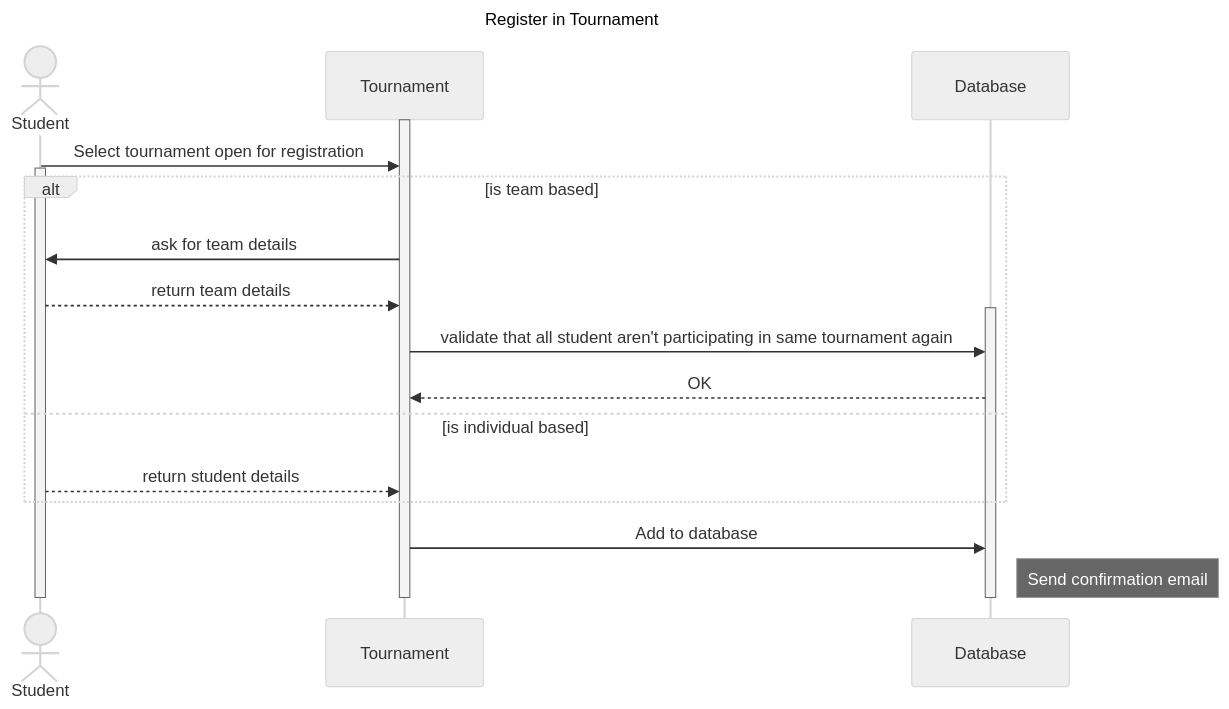
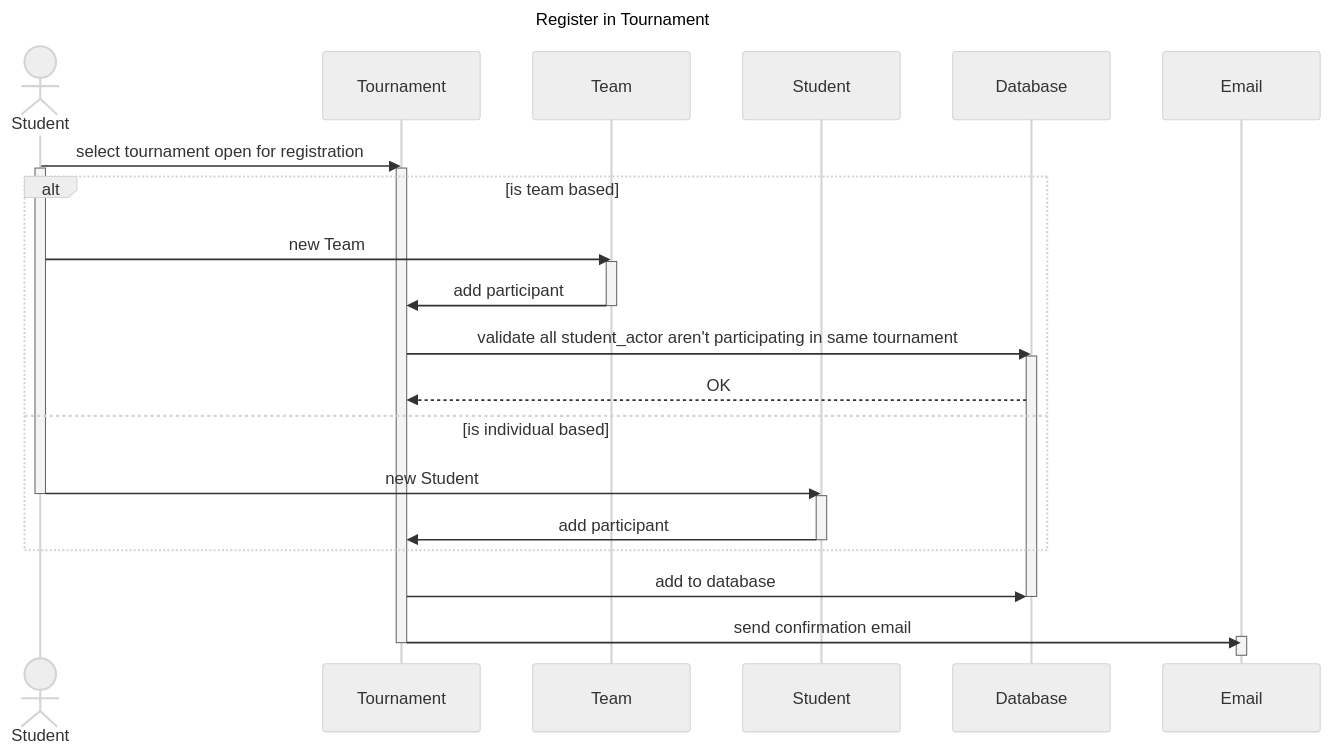
The diagram in docs/phase_2/sequence_diagrams/register_in_tournament.mmd (hassain-saeed28/tournaments-arranger), drawn with Mermaid (neutral theme) before and after one commit.

Commit message:
docs(phase_2): add `Email` class to register in tournament (#17)
* add `Student` class
* add `Team` class
* add `Email` class

```diff
--- a/docs/phase_2/sequence_diagrams/register_in_tournament.mmd
+++ b/docs/phase_2/sequence_diagrams/register_in_tournament.mmd
@@ -1,28 +1,40 @@
 ---
 title: Register in Tournament
 ---
 sequenceDiagram
-    actor student as Student
+    actor student_actor as Student
 
     participant tournament as Tournament
+    participant team as Team
+    participant student_class as Student
     participant database as Database
+    participant email as Email
 
+    student_actor ->> tournament: select tournament open for registration
     activate tournament
-    student ->> tournament: Select tournament open for registration
-    activate student
+    activate student_actor
     alt is team based
-        tournament ->> student: ask for team details
-        student -->>  tournament: return team details
+        student_actor ->> team: new Team
+        activate team
+        team ->> tournament: add participant
+        deactivate team
 
+        tournament ->> database: validate all student_actor aren't participating in same tournament
         activate database
-        tournament ->> database: validate that all student aren't participating in same tournament again
-        database -->>  tournament: OK
+        database -->> tournament: OK
     else is individual based
-        student -->>  tournament: return student details
+        student_actor ->>  student_class: new Student
+        activate student_class
+        deactivate student_actor
+        student_class ->> tournament: add participant
+        deactivate student_class
     end
 
-    tournament ->> database: Add to database
-    Note right of database: Send confirmation email
-    deactivate student
+    tournament ->> database: add to database
+    deactivate database
+
+    tournament ->> email: send confirmation email
+    activate email
+    deactivate email
+
     deactivate tournament
-    deactivate database
```
